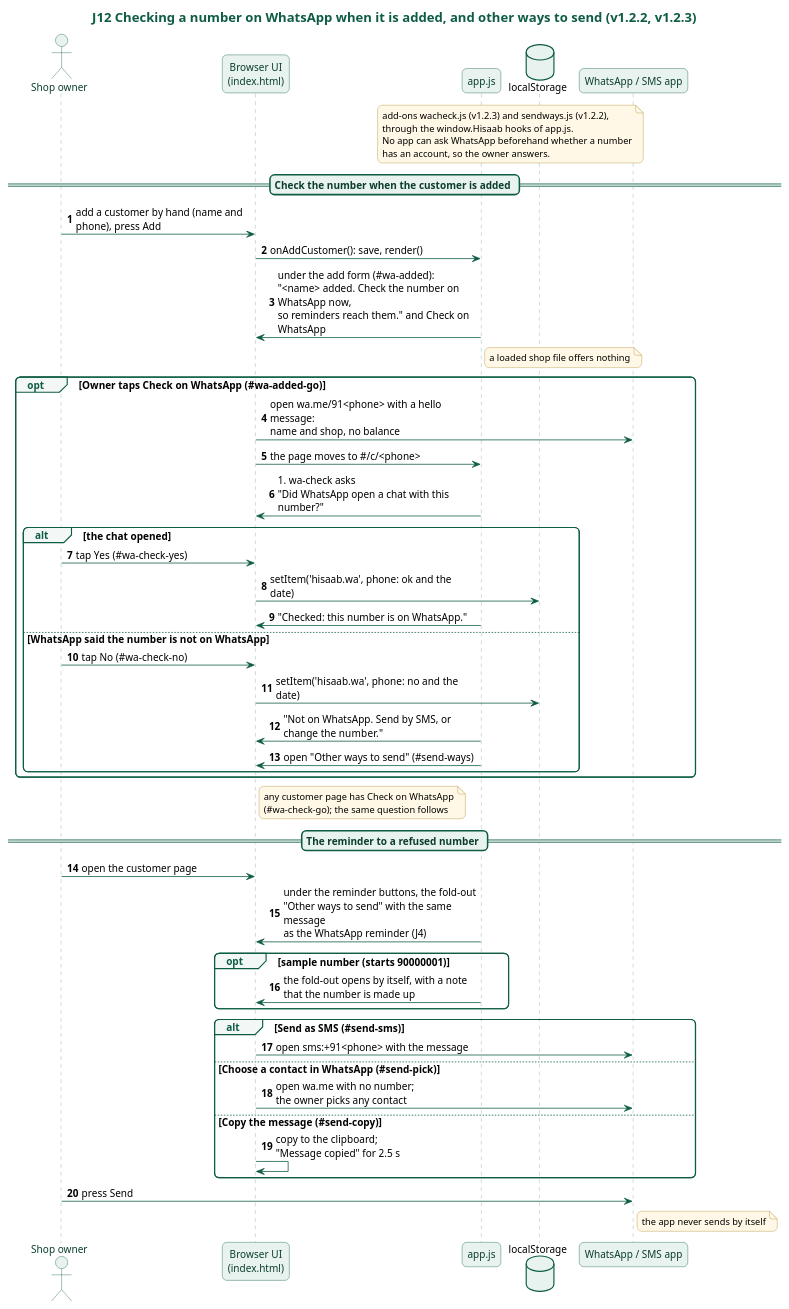
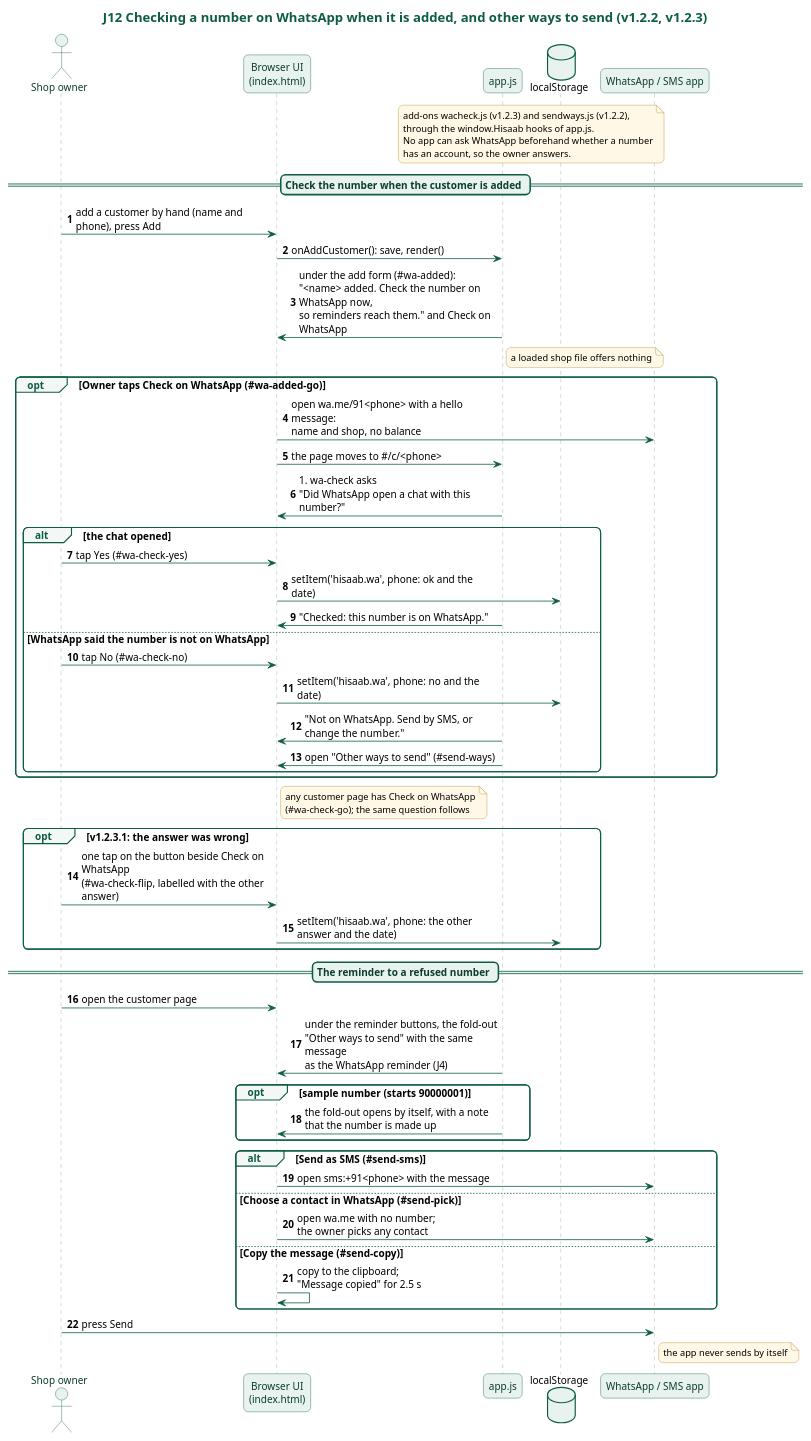
The diagram in docs/diagrams/j12-whatsapp-check-and-other-ways.puml (karwasanjay007/hisaab-docs), drawn with PlantUML before and after one commit. The commit also changed 26 other files, not shown here.

```diff
--- a/docs/diagrams/j12-whatsapp-check-and-other-ways.puml
+++ b/docs/diagrams/j12-whatsapp-check-and-other-ways.puml
@@ -1,83 +1,87 @@
 @startuml j12-whatsapp-check-and-other-ways
 title J12 Checking a number on WhatsApp when it is added, and other ways to send (v1.2.2, v1.2.3)
 skinparam backgroundColor white
 skinparam defaultFontName "Noto Sans"
 skinparam defaultFontSize 13
 skinparam roundCorner 12
 skinparam shadowing false
 skinparam maxMessageSize 260
 skinparam titleFontSize 17
 skinparam titleFontColor #0E5C45
 skinparam sequenceMessageAlign left
 skinparam responseMessageBelowArrow true
 skinparam sequence {
   ArrowColor #0E5C45
   LifeLineBorderColor #7FA89A
   LifeLineBackgroundColor #E8F2EE
   ParticipantBorderColor #0E5C45
   ParticipantBackgroundColor #E8F2EE
   ParticipantFontColor #0B3D2E
   ActorBorderColor #0E5C45
   ActorBackgroundColor #E8F2EE
   ActorFontColor #0B3D2E
   GroupBorderColor #0E5C45
   GroupHeaderFontColor #0E5C45
   GroupBackgroundColor #F3F8F6
   DividerBorderColor #0E5C45
   DividerBackgroundColor #E8F2EE
   DividerFontColor #0B3D2E
   BoxBorderColor #0E5C45
 }
 skinparam database {
   BorderColor #0E5C45
   BackgroundColor #E8F2EE
 }
 skinparam note {
   BorderColor #B08A2E
   BackgroundColor #FFF8E6
   FontSize 12
 }
 actor "Shop owner" as Owner
 participant "Browser UI\n(index.html)" as UI
 participant "app.js" as App
 database "localStorage" as LS
 participant "WhatsApp / SMS app" as WA
 autonumber
 note over App, LS : add-ons wacheck.js (v1.2.3) and sendways.js (v1.2.2),\nthrough the window.Hisaab hooks of app.js.\nNo app can ask WhatsApp beforehand whether a number\nhas an account, so the owner answers.
 == Check the number when the customer is added ==
 Owner -> UI : add a customer by hand (name and phone), press Add
 UI -> App : onAddCustomer(): save, render()
 App -> UI : under the add form (#wa-added):\n"<name> added. Check the number on WhatsApp now,\nso reminders reach them." and Check on WhatsApp
 note right of App : a loaded shop file offers nothing
 opt Owner taps Check on WhatsApp (#wa-added-go)
   UI -> WA : open wa.me/91<phone> with a hello message:\nname and shop, no balance
   UI -> App : the page moves to #/c/<phone>
   App -> UI : #wa-check asks\n"Did WhatsApp open a chat with this number?"
   alt the chat opened
     Owner -> UI : tap Yes (#wa-check-yes)
     UI -> LS : setItem('hisaab.wa', phone: ok and the date)
     App -> UI : "Checked: this number is on WhatsApp."
   else WhatsApp said the number is not on WhatsApp
     Owner -> UI : tap No (#wa-check-no)
     UI -> LS : setItem('hisaab.wa', phone: no and the date)
     App -> UI : "Not on WhatsApp. Send by SMS, or change the number."
     App -> UI : open "Other ways to send" (#send-ways)
   end
 end
 note right of UI : any customer page has Check on WhatsApp\n(#wa-check-go); the same question follows
+opt v1.2.3.1: the answer was wrong
+  Owner -> UI : one tap on the button beside Check on WhatsApp\n(#wa-check-flip, labelled with the other answer)
+  UI -> LS : setItem('hisaab.wa', phone: the other answer and the date)
+end
 == The reminder to a refused number ==
 Owner -> UI : open the customer page
 App -> UI : under the reminder buttons, the fold-out\n"Other ways to send" with the same message\nas the WhatsApp reminder (J4)
 opt sample number (starts 90000001)
   App -> UI : the fold-out opens by itself, with a note\nthat the number is made up
 end
 alt Send as SMS (#send-sms)
   UI -> WA : open sms:+91<phone> with the message
 else Choose a contact in WhatsApp (#send-pick)
   UI -> WA : open wa.me with no number;\nthe owner picks any contact
 else Copy the message (#send-copy)
   UI -> UI : copy to the clipboard;\n"Message copied" for 2.5 s
 end
 Owner -> WA : press Send
 note right of WA : the app never sends by itself
 @enduml
```
